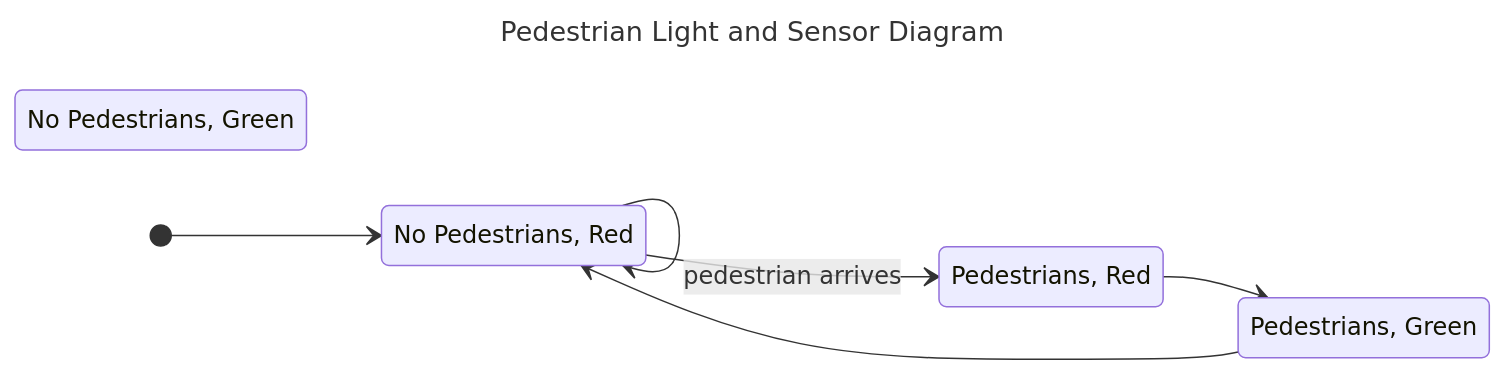
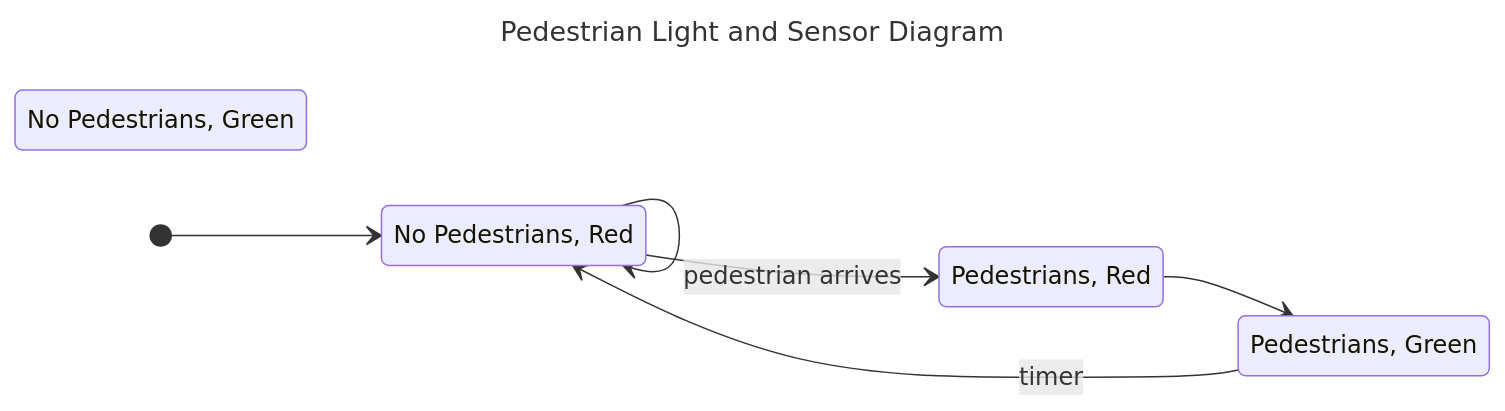
The sixth of 6 diagrams in COMP3153/System Model - Vinayak Fialok.md (VinayakFia/Obsidian), drawn with Mermaid before and after one commit. The commit also changed other lines of this file, not shown here.

````diff
--- a/COMP3153/System Model - Vinayak Fialok.md
+++ b/COMP3153/System Model - Vinayak Fialok.md
@@ -120,16 +123,16 @@
 ```mermaid
 ---
 title: Pedestrian Light and Sensor Diagram
 ---
 stateDiagram-v2
 	direction LR
 	nr: No Pedestrians, Red
 	ng: No Pedestrians, Green
 	pr: Pedestrians, Red
 	pg: Pedestrians, Green
 	[*] --> nr
 	nr --> nr
 	nr --> pr : pedestrian arrives
 	pr --> pg
-	pg --> nr
+	pg --> nr : timer
 ```
````
